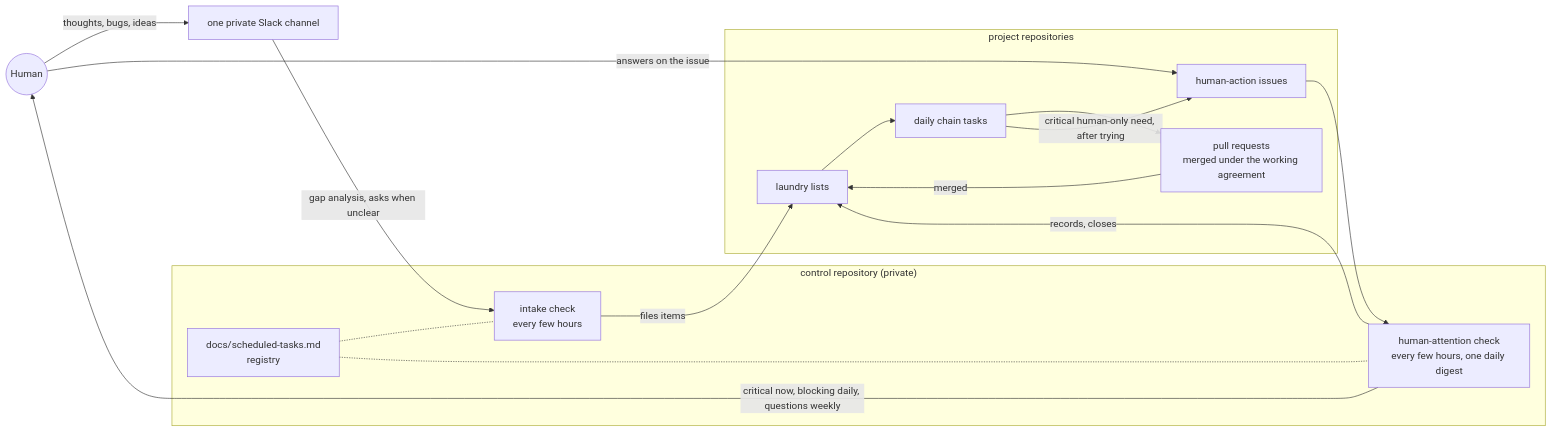
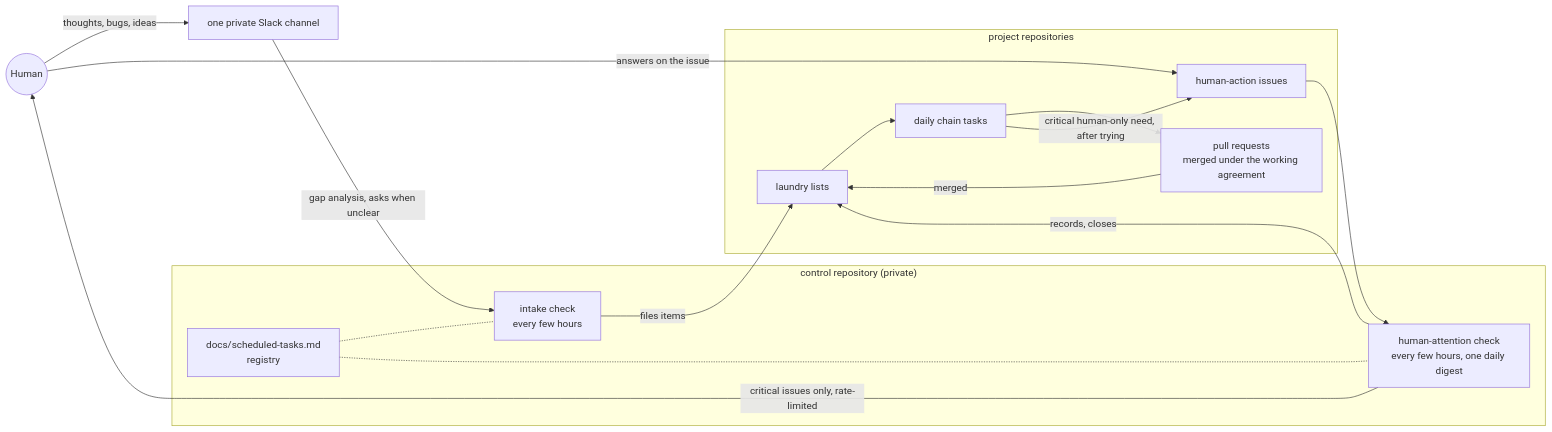
The diagram in README.md (matheo-lm/loop-kit), drawn with Mermaid before and after one commit. The commit also changed 2 other files, not shown here.

Commit message:
docs: review fixes for the human-attention rollout
Backslash typo in the chain brief's question rule; stale "those become
issues" tails in chain prompts; sitrepit header no longer files a
paste issue; loop-kit README edge; career template path.

Claude-Session: https://claude.ai/code/session_01JugDmVa8KDt2Yf7WEXacri

````diff
--- a/README.md
+++ b/README.md
@@ -42,26 +42,26 @@
 ```mermaid
 flowchart LR
   H(("Human"))
   CH["one private Slack channel"]
   subgraph CT["control repository (private)"]
     IN["intake check<br/>every few hours"]
     AT["human-attention check<br/>every few hours, one daily digest"]
     REG["docs/scheduled-tasks.md<br/>registry"]
   end
   subgraph REPOS["project repositories"]
     LL["laundry lists"]
     CHN["daily chain tasks"]
     PR["pull requests<br/>merged under the working agreement"]
     HA["human-action issues"]
   end
   H -->|"thoughts, bugs, ideas"| CH
   CH -->|"gap analysis, asks when unclear"| IN
   IN -->|"files items"| LL
   LL --> CHN --> PR -->|"merged"| LL
   CHN -->|"critical human-only need, after trying"| HA
-  HA --> AT -->|"critical now, blocking daily, questions weekly"| H
+  HA --> AT -->|"critical issues only, rate-limited"| H
   H -->|"answers on the issue"| HA
   AT -->|"records, closes"| LL
   REG -.- IN
   REG -.- AT
 ```
````
